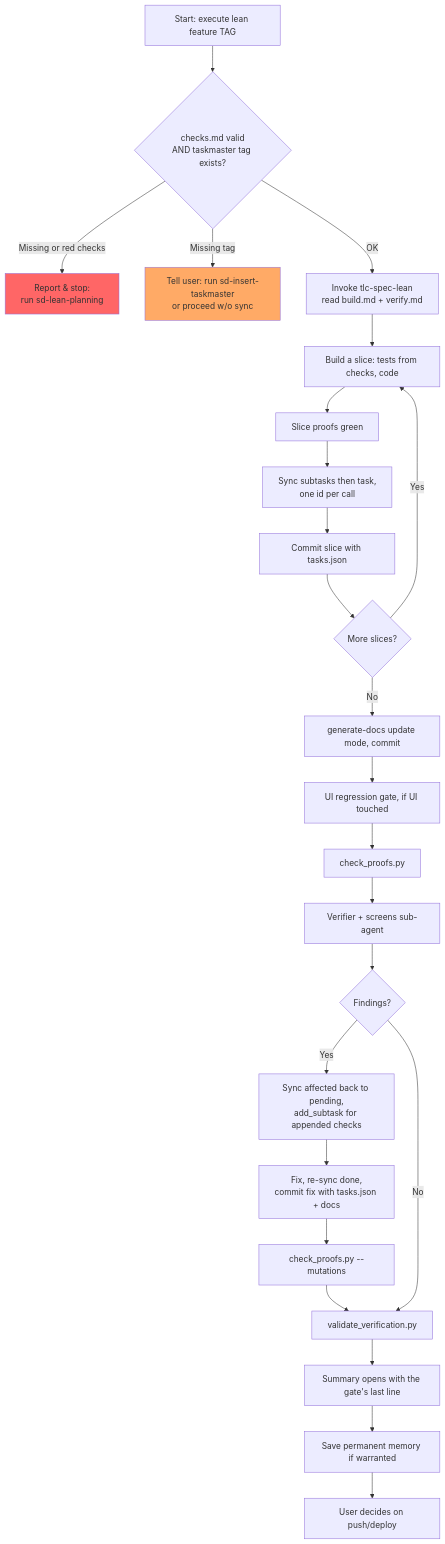
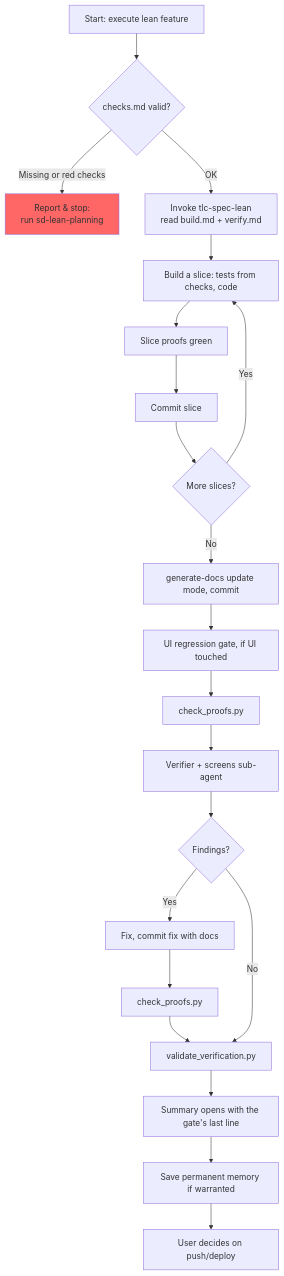
The diagram in skills/sd-lean-execute/references/diagram.md (Ronnasayd/aipp), drawn with Mermaid before and after one commit. The commit also changed other lines of this file and 9 other files, not shown here.

First line of the commit message:
refactor(skills): drop taskmaster sync and requirements table from lean workflow

````diff
--- a/skills/sd-lean-execute/references/diagram.md
+++ b/skills/sd-lean-execute/references/diagram.md
@@ -3,29 +3,25 @@
 ```mermaid
 flowchart TD
-    A[Start: execute lean feature TAG] --> B{checks.md valid<br/>AND taskmaster tag exists?}
+    A[Start: execute lean feature] --> B{checks.md valid?}
     B -->|Missing or red checks| Z1[Report & stop:<br/>run sd-lean-planning]
-    B -->|Missing tag| Z2[Tell user: run sd-insert-taskmaster<br/>or proceed w/o sync]
     B -->|OK| C[Invoke tlc-spec-lean<br/>read build.md + verify.md]
     C --> D[Build a slice: tests from checks, code]
     D --> E[Slice proofs green]
-    E --> F[Sync subtasks then task,<br/>one id per call]
-    F --> G[Commit slice with tasks.json]
+    E --> G[Commit slice]
     G --> H{More slices?}
     H -->|Yes| D
     H -->|No| I[generate-docs update mode, commit]
     I --> J[UI regression gate, if UI touched]
     J --> K[check_proofs.py]
     K --> L[Verifier + screens sub-agent]
     L --> M{Findings?}
-    M -->|Yes| N[Sync affected back to pending,<br/>add_subtask for appended checks]
-    N --> O[Fix, re-sync done,<br/>commit fix with tasks.json + docs]
-    O --> P[check_proofs.py --mutations]
+    M -->|Yes| O[Fix, commit fix with docs]
+    O --> P[check_proofs.py]
     P --> Q
     M -->|No| Q[validate_verification.py]
     Q --> R[Summary opens with the gate's last line]
     R --> S[Save permanent memory if warranted]
     S --> T[User decides on push/deploy]
 
     style Z1 fill:#f66
-    style Z2 fill:#fa6
 ```
````
